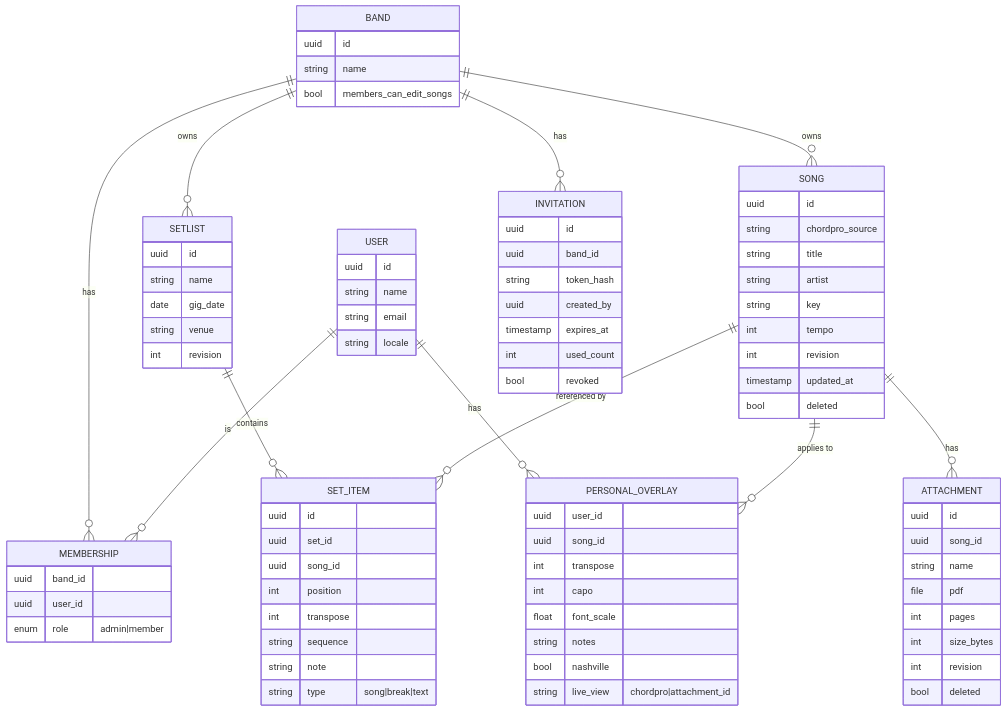
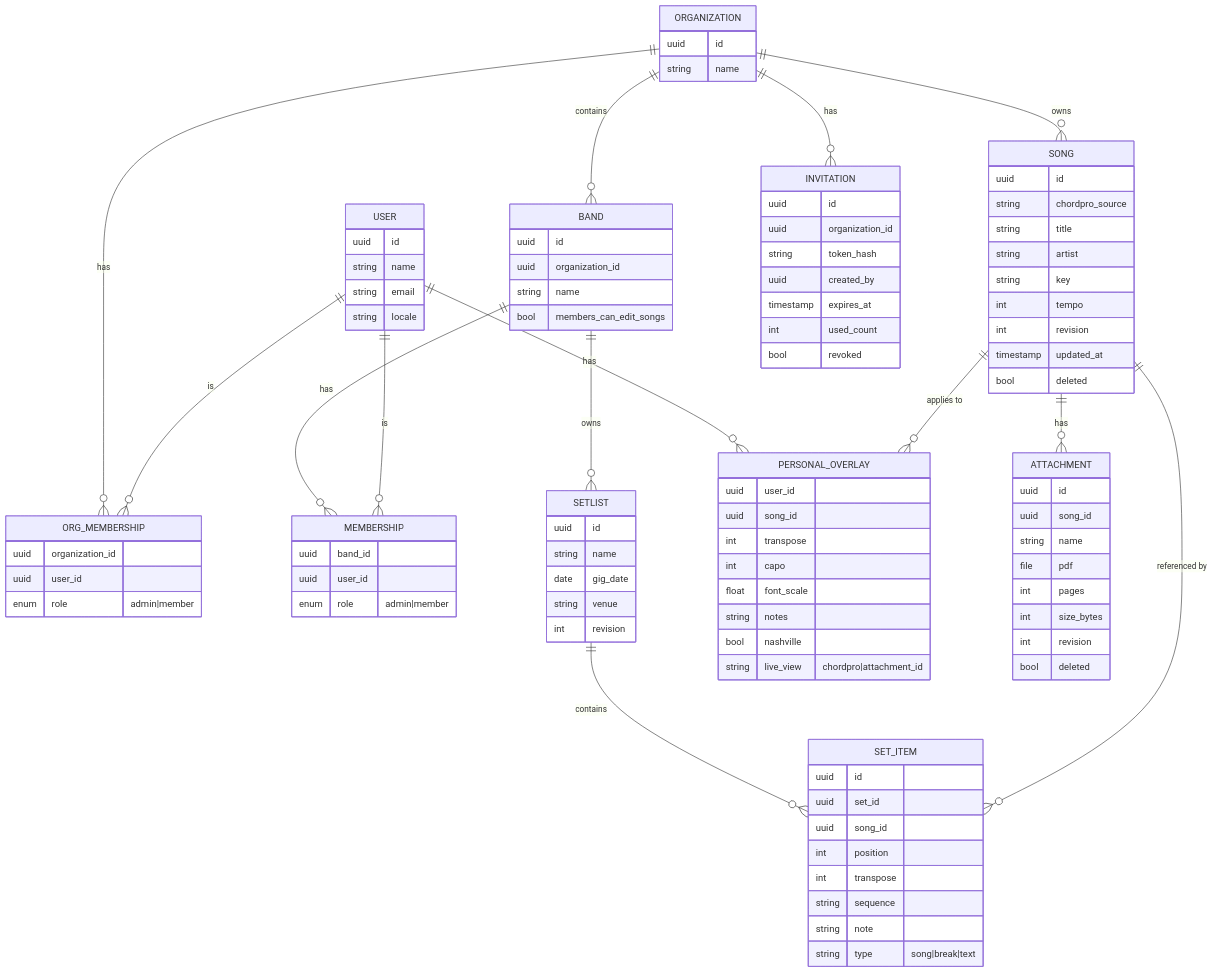
Before and after one commit to setDING/setDING: the second of 2 diagrams in docs/architecture/README.md, drawn with Mermaid. The commit also changed other lines of this file and 18 other files, not shown here.

````diff
--- a/docs/architecture/README.md
+++ b/docs/architecture/README.md
@@ -105,23 +107,28 @@
 ```mermaid
 erDiagram
+    ORGANIZATION ||--o{ ORG_MEMBERSHIP : has
+    USER ||--o{ ORG_MEMBERSHIP : is
+    ORGANIZATION ||--o{ BAND : contains
+    ORGANIZATION ||--o{ SONG : owns
     BAND ||--o{ MEMBERSHIP : has
     USER ||--o{ MEMBERSHIP : is
-    BAND ||--o{ SONG : owns
     BAND ||--o{ SETLIST : owns
     SETLIST ||--o{ SET_ITEM : contains
     SONG ||--o{ SET_ITEM : "referenced by"
     USER ||--o{ PERSONAL_OVERLAY : has
     SONG ||--o{ PERSONAL_OVERLAY : "applies to"
     SONG ||--o{ ATTACHMENT : has
-    BAND ||--o{ INVITATION : has
+    ORGANIZATION ||--o{ INVITATION : has
 
-    BAND { uuid id string name bool members_can_edit_songs }
+    ORGANIZATION { uuid id string name }
+    ORG_MEMBERSHIP { uuid organization_id uuid user_id enum role "admin|member" }
+    BAND { uuid id uuid organization_id string name bool members_can_edit_songs }
     USER { uuid id string name string email string locale }
     MEMBERSHIP { uuid band_id uuid user_id enum role "admin|member" }
     SONG { uuid id string chordpro_source string title string artist string key int tempo int revision timestamp updated_at bool deleted }
     SETLIST { uuid id string name date gig_date string venue int revision }
     SET_ITEM { uuid id uuid set_id uuid song_id int position int transpose string sequence string note string type "song|break|text" }
     PERSONAL_OVERLAY { uuid user_id uuid song_id int transpose int capo float font_scale string notes bool nashville string live_view "chordpro|attachment_id" }
     ATTACHMENT { uuid id uuid song_id string name file pdf int pages int size_bytes int revision bool deleted }
-    INVITATION { uuid id uuid band_id string token_hash uuid created_by timestamp expires_at int used_count bool revoked }
+    INVITATION { uuid id uuid organization_id string token_hash uuid created_by timestamp expires_at int used_count bool revoked }
 ```
````
